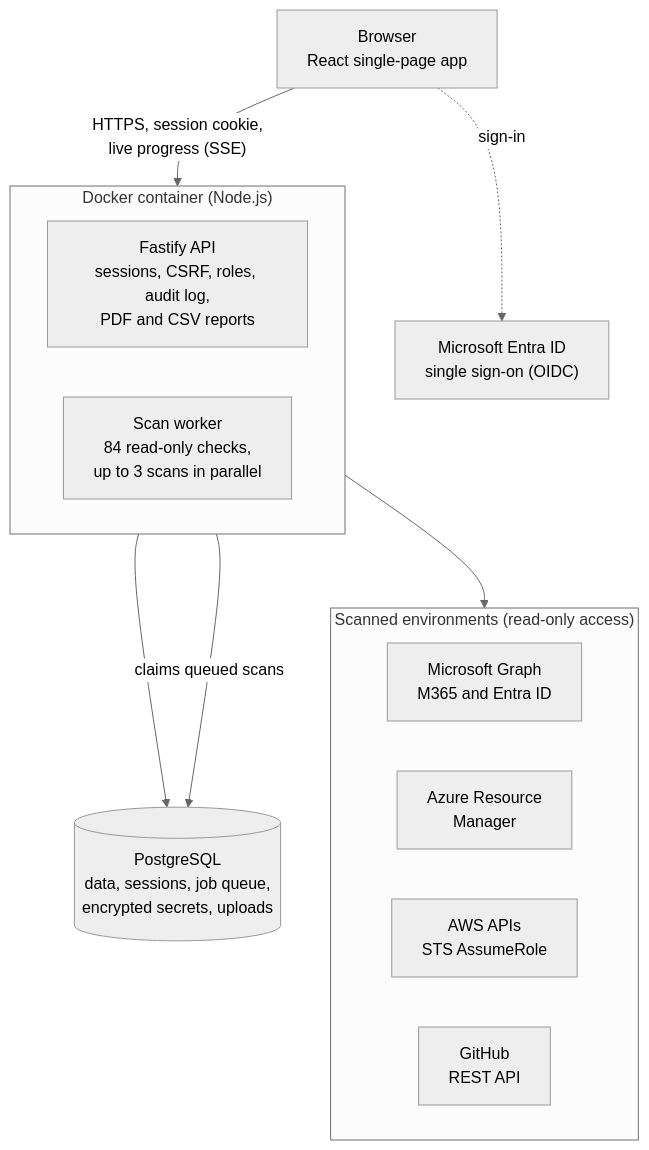
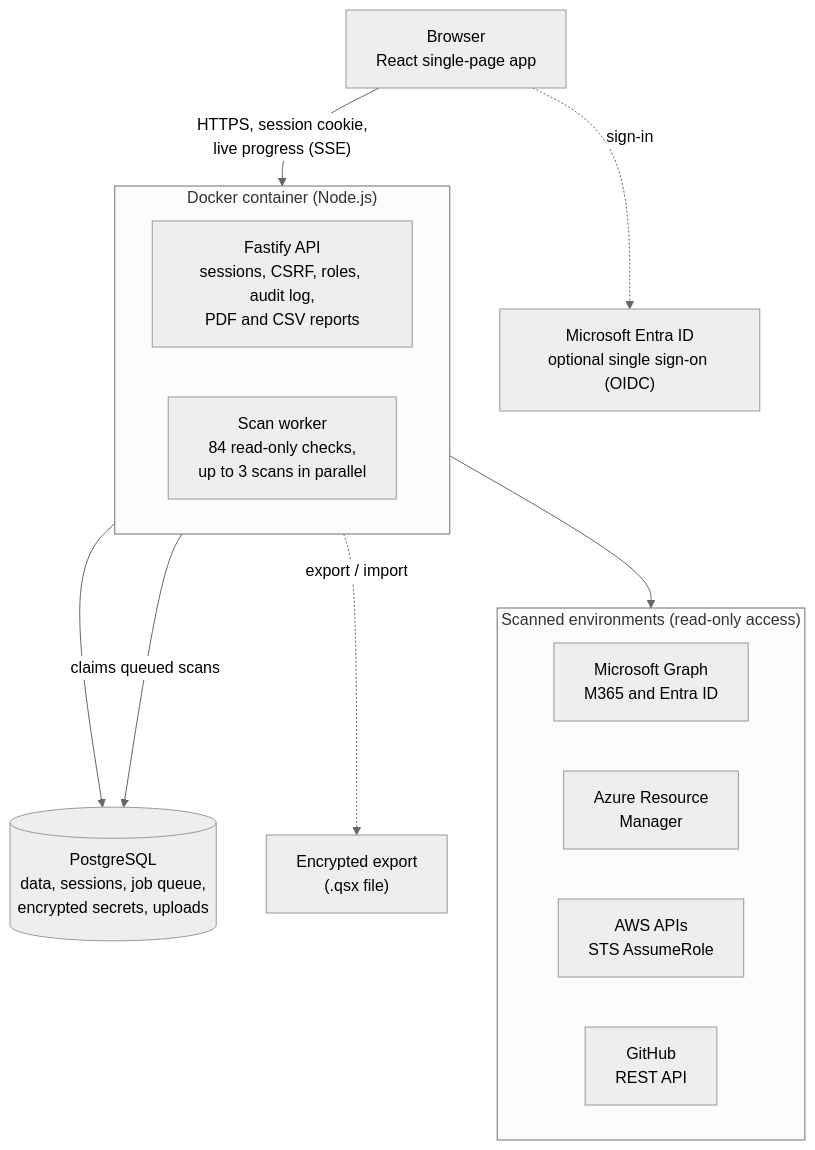
One commit to yopazerbot/security-quickscan changed the diagram in README.md. Above: the diagram before and after it, drawn with Mermaid (neutral theme). The commit also changed other lines of this file and 1 other file, not shown here.

First line of the commit message:
README: reflect environments, sign-in settings and export/import

````diff
--- a/README.md
+++ b/README.md
@@ -320,23 +341,25 @@
 ```mermaid
 flowchart TB
   SPA["Browser<br/>React single-page app"]
-  IDP["Microsoft Entra ID<br/>single sign-on (OIDC)"]
+  IDP["Microsoft Entra ID<br/>optional single sign-on (OIDC)"]
   subgraph Container["Docker container (Node.js)"]
     direction LR
     API["Fastify API<br/>sessions, CSRF, roles, audit log,<br/>PDF and CSV reports"]
     WRK["Scan worker<br/>84 read-only checks,<br/>up to 3 scans in parallel"]
   end
   DB[("PostgreSQL<br/>data, sessions, job queue,<br/>encrypted secrets, uploads")]
+  FILE["Encrypted export<br/>(.qsx file)"]
   subgraph Scanned["Scanned environments (read-only access)"]
     direction LR
     GRAPH["Microsoft Graph<br/>M365 and Entra ID"]
     ARM["Azure Resource<br/>Manager"]
     AWS["AWS APIs<br/>STS AssumeRole"]
     GH["GitHub<br/>REST API"]
   end
   SPA -- "HTTPS, session cookie,<br/>live progress (SSE)" --> API
   SPA -. "sign-in" .-> IDP
   API --> DB
+  API -. "export / import" .-> FILE
   WRK -- "claims queued scans" --> DB
   WRK --> Scanned
 ```
````
